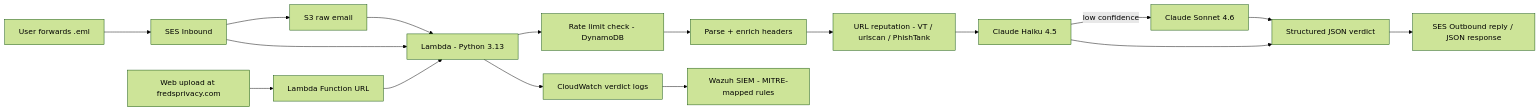
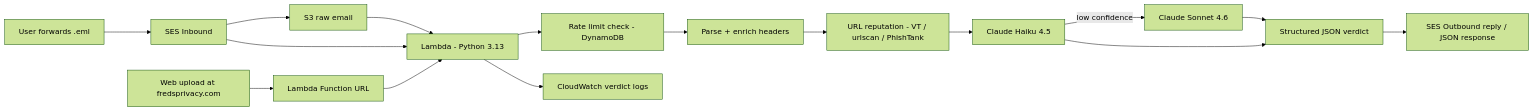
The diagram in README.md (fredpord3/phish-analyzer), drawn with Mermaid (forest theme) before and after one commit. The commit also changed other lines of this file, not shown here.

````diff
--- a/README.md
+++ b/README.md
@@ -9,19 +9,18 @@
 ```mermaid
 flowchart LR
     A[User forwards .eml] --> B[SES Inbound]
     W[Web upload at fredsprivacy.com] --> U[Lambda Function URL]
     B --> C[S3 raw email]
     B --> D[Lambda - Python 3.13]
     U --> D
     C --> D
     D --> R[Rate limit check - DynamoDB]
     R --> E[Parse + enrich headers]
     E --> T[URL reputation - VT / urlscan / PhishTank]
     T --> F[Claude Haiku 4.5]
     F -->|low confidence| F2[Claude Sonnet 4.6]
     F --> G[Structured JSON verdict]
     F2 --> G
     G --> H[SES Outbound reply / JSON response]
     D --> I[CloudWatch verdict logs]
-    I --> Z[Wazuh SIEM - MITRE-mapped rules]
 ```
````
